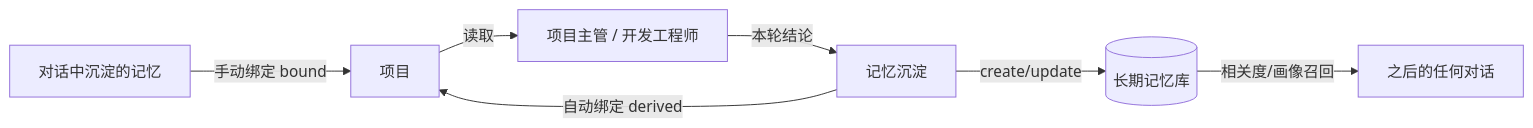
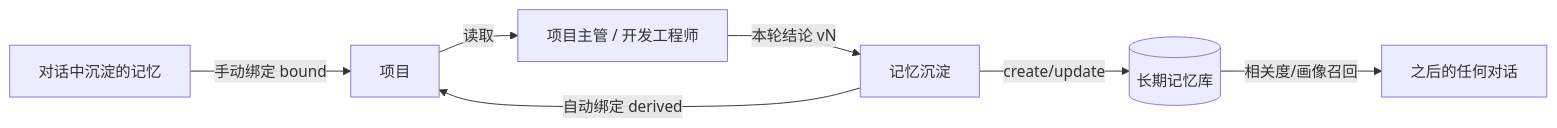
One commit to immoobc/atoms-demo changed the ninth of 12 diagrams in app/docs/系统功能设计说明.md. Above: the diagram before and after it, drawn with Mermaid. The commit also changed other lines of this file and 20 other files, not shown here.

````diff
--- a/app/docs/系统功能设计说明.md
+++ b/app/docs/系统功能设计说明.md
@@ -364,9 +519,9 @@
 ```mermaid
 flowchart LR
   CH[对话中沉淀的记忆] -->|手动绑定 bound| PJ[项目]
   PJ -->|读取| ROLES[项目主管 / 开发工程师]
-  ROLES -->|本轮结论| SED[记忆沉淀]
+  ROLES -->|本轮结论 vN| SED[记忆沉淀]
   SED -->|create/update| LTM[(长期记忆库)]
   SED -->|自动绑定 derived| PJ
   LTM -->|相关度/画像召回| CH2[之后的任何对话]
 ```
````
